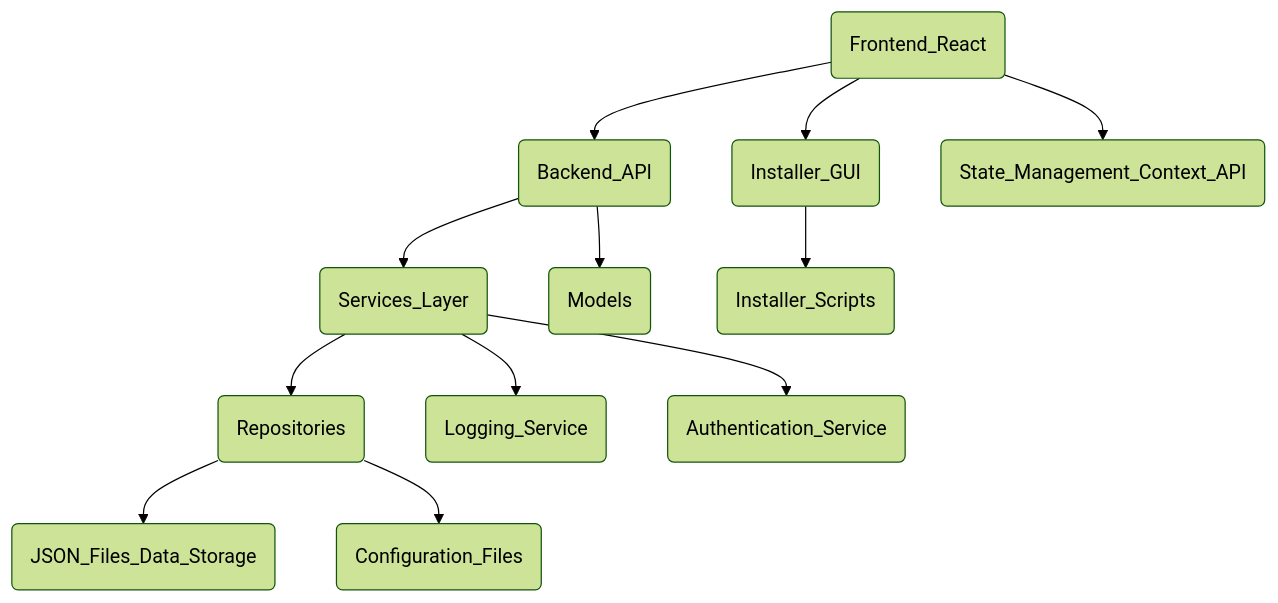
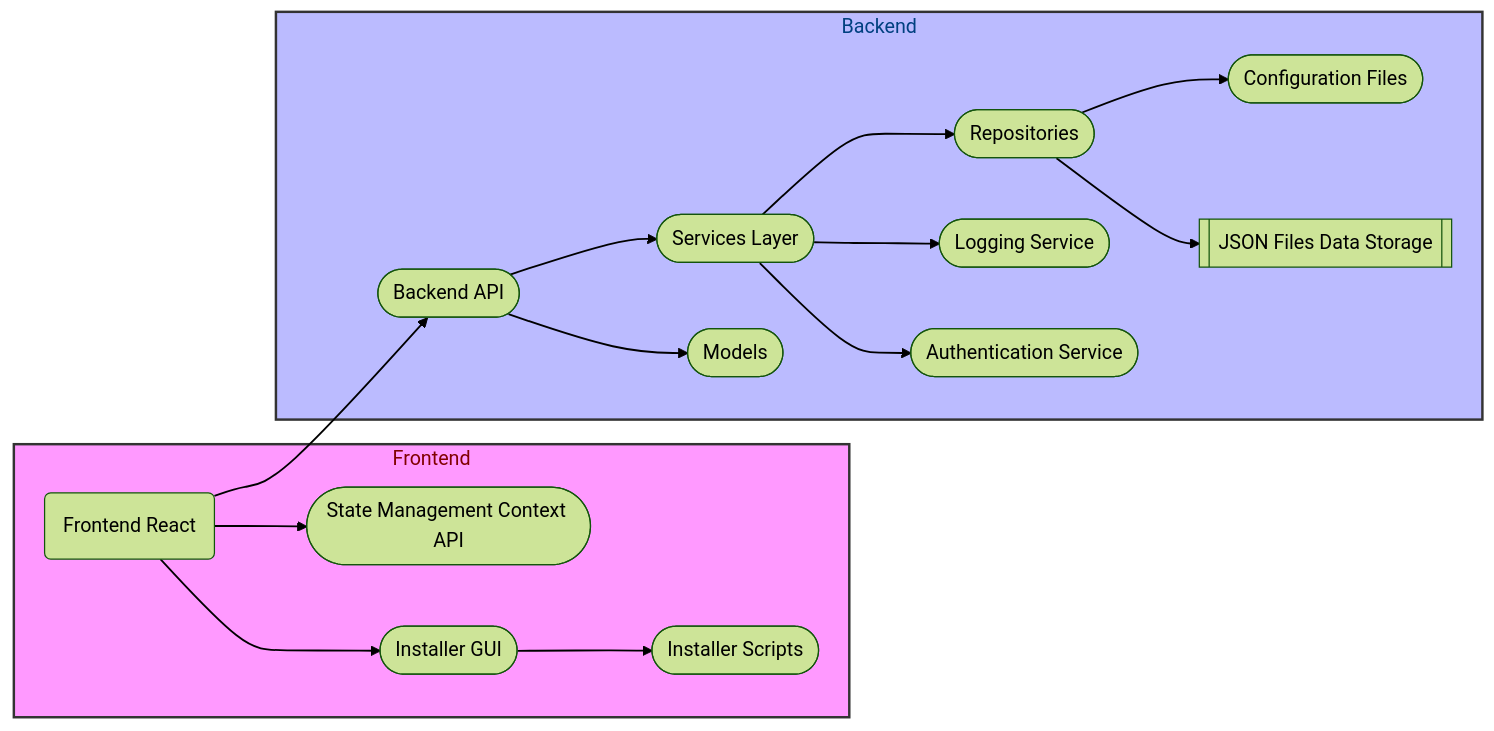
The first of 11 diagrams in Docs/entire_project/architecture.md (Shakour-Data/ProjectManagement), drawn with Mermaid (forest theme) before and after one commit. The commit also changed other lines of this file, not shown here.

````diff
--- a/Docs/entire_project/architecture.md
+++ b/Docs/entire_project/architecture.md
@@ -10,14 +10,35 @@
 ```mermaid
-graph TD
-    FE(Frontend_React) --> BE(Backend_API)
-    BE --> SL(Services_Layer)
-    SL --> RP(Repositories)
-    RP --> JD(JSON_Files_Data_Storage)
-    BE --> MD(Models)
-    FE --> IG(Installer_GUI)
-    IG --> IS(Installer_Scripts)
-    SL --> LG(Logging_Service)
-    SL --> AU(Authentication_Service)
-    RP --> CF(Configuration_Files)
-    FE --> ST(State_Management_Context_API)
+graph LR
+    linkStyle default stroke:#000,stroke-width:1.5px
+    subgraph Frontend
+        style Frontend fill:#f9f,stroke:#333,stroke-width:2px,color:#800000
+        FE(Frontend React)
+        ST([State Management Context API])
+        IG([Installer GUI])
+        IS([Installer Scripts])
+    end
+
+    subgraph Backend
+        style Backend fill:#bbf,stroke:#333,stroke-width:2px,color:#004080
+        BE([Backend API])
+        SL([Services Layer])
+        RP([Repositories])
+        MD([Models])
+        LG([Logging Service])
+        AU([Authentication Service])
+        CF([Configuration Files])
+        JD[[JSON Files Data Storage]]
+    end
+
+    FE --> BE
+    BE --> SL
+    SL --> RP
+    RP --> JD
+    BE --> MD
+    FE --> IG
+    IG --> IS
+    SL --> LG
+    SL --> AU
+    RP --> CF
+    FE --> ST
 ```
````
